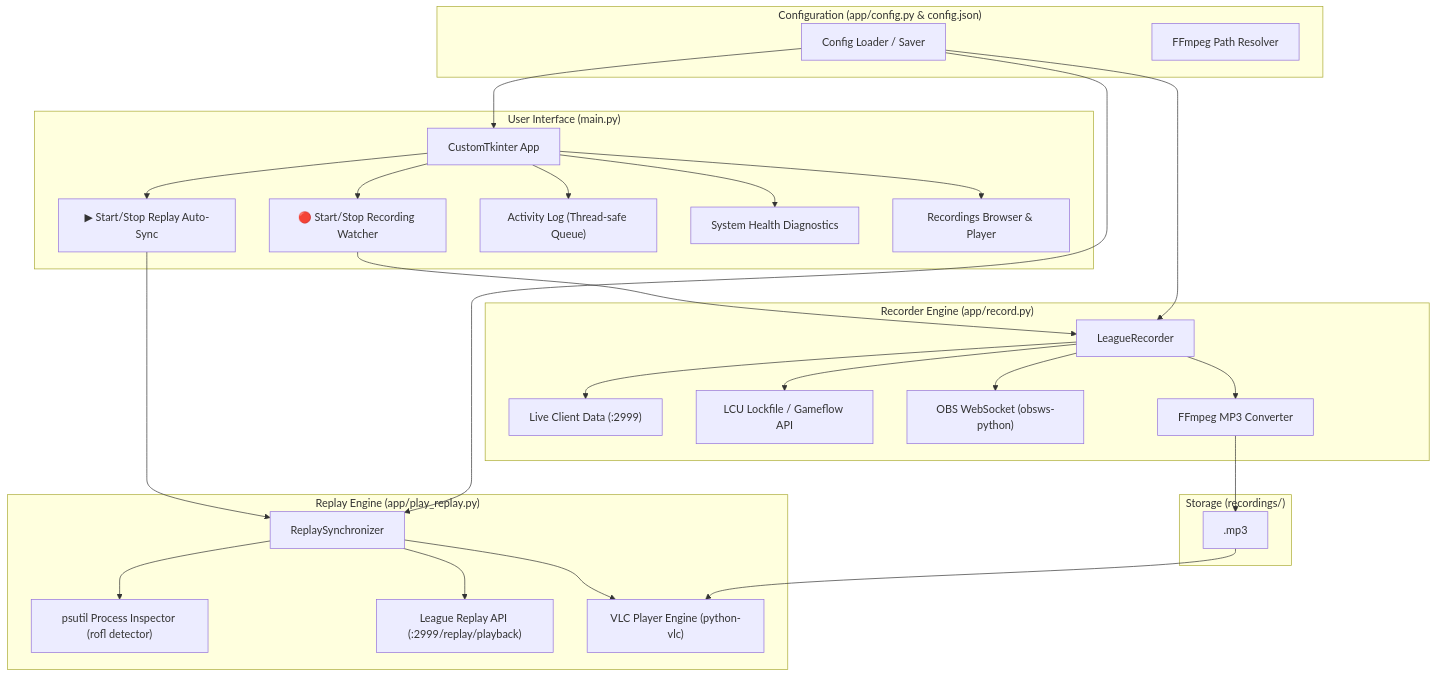
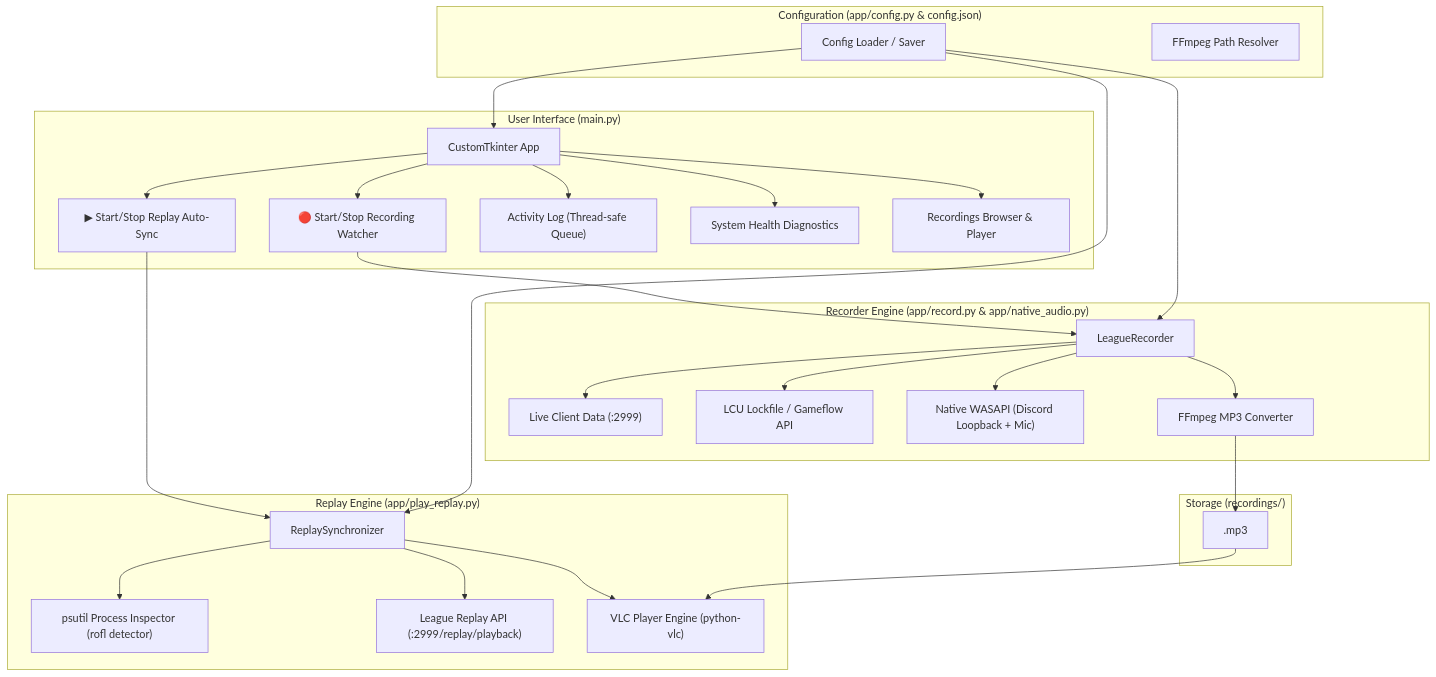
The diagram in AGENTS.md (betterix/league-voice-recorder), drawn with Mermaid before and after one commit. The commit also changed other lines of this file and 3 other files, not shown here.

Commit message:
feat: remove OBS integration, streamline settings, and activate Discord health status badge

````diff
--- a/AGENTS.md
+++ b/AGENTS.md
@@ -65,51 +66,51 @@
 ```mermaid
 flowchart TD
     subgraph UI_Layer ["User Interface (main.py)"]
         GUI["CustomTkinter App"]
         RecBtn["🔴 Start/Stop Recording Watcher"]
         RepBtn["▶ Start/Stop Replay Auto-Sync"]
         LogBox["Activity Log (Thread-safe Queue)"]
         HealthRibbon["System Health Diagnostics"]
         RecExplorer["Recordings Browser & Player"]
     end
 
     subgraph Config_Layer ["Configuration (app/config.py & config.json)"]
         Cfg["Config Loader / Saver"]
         FFmpegHelper["FFmpeg Path Resolver"]
     end
 
-    subgraph Recorder_Engine ["Recorder Engine (app/record.py)"]
+    subgraph Recorder_Engine ["Recorder Engine (app/record.py & app/native_audio.py)"]
         LeagueRec["LeagueRecorder"]
         LiveAPI["Live Client Data (:2999)"]
         LCULockfile["LCU Lockfile / Gameflow API"]
-        OBSWS["OBS WebSocket (obsws-python)"]
+        NativeWASAPI["Native WASAPI (Discord Loopback + Mic)"]
         FFmpegProc["FFmpeg MP3 Converter"]
     end
 
     subgraph Replay_Engine ["Replay Engine (app/play_replay.py)"]
         ReplaySync["ReplaySynchronizer"]
         ProcIter["psutil Process Inspector (rofl detector)"]
         ReplayAPI["League Replay API (:2999/replay/playback)"]
         VLC["VLC Player Engine (python-vlc)"]
     end
 
     subgraph Storage ["Storage (recordings/)"]
         AudioFiles["<GameID>.mp3"]
     end
 
     GUI --> RecBtn & RepBtn & LogBox & HealthRibbon & RecExplorer
     RecBtn --> LeagueRec
     RepBtn --> ReplaySync
     Cfg --> LeagueRec & ReplaySync & GUI
 
     LeagueRec --> LiveAPI
     LeagueRec --> LCULockfile
-    LeagueRec --> OBSWS
+    LeagueRec --> NativeWASAPI
     LeagueRec --> FFmpegProc
     FFmpegProc --> AudioFiles
 
     ReplaySync --> ProcIter
     ReplaySync --> ReplayAPI
     ReplaySync --> VLC
     AudioFiles --> VLC
 ```
````
